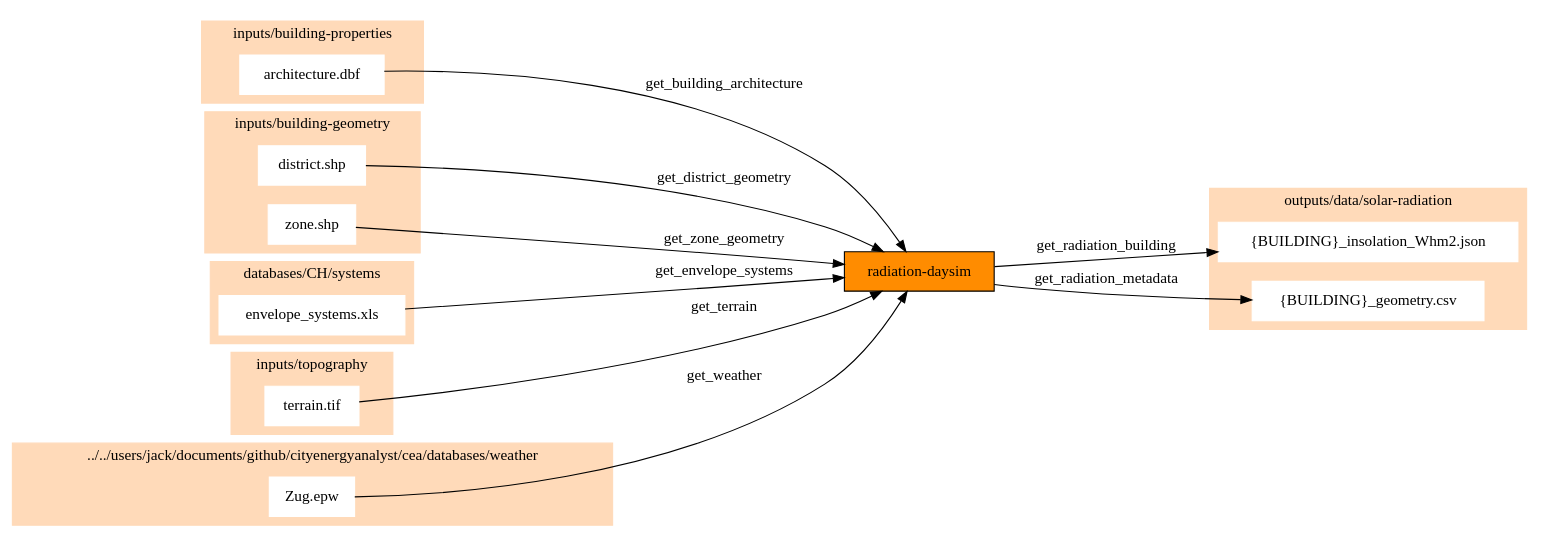
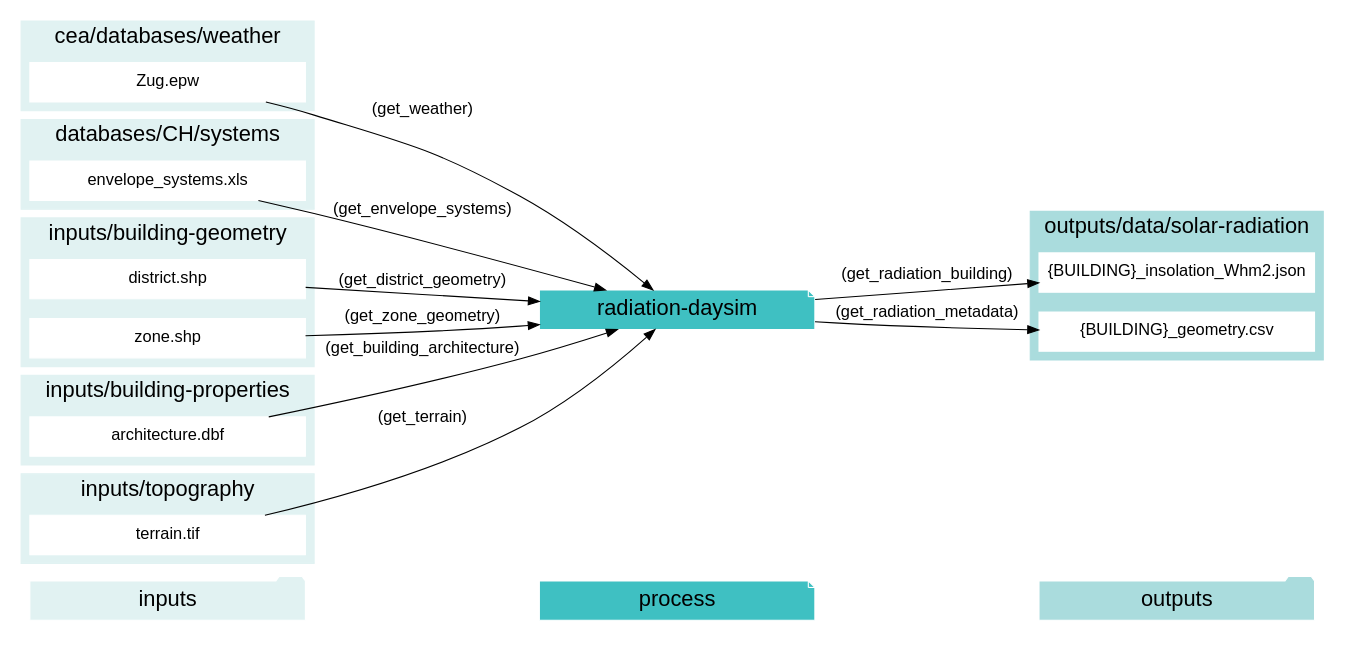
One commit to architecture-building-systems/CityEnergyAnalyst changed the diagram in docs/script_dependencies/radiation-daysim.gv. Above: the diagram before and after it, drawn with Graphviz. The commit also changed 20 other files, not shown here.

```diff
--- a/docs/script_dependencies/radiation-daysim.gv
+++ b/docs/script_dependencies/radiation-daysim.gv
@@ -1,52 +1,75 @@
 digraph trace_inputlocator {
     rankdir="LR";
-    node [shape=box];
-    graph [overlap = false];
-    "radiation-daysim"[style=filled, fillcolor=darkorange];
-    "architecture.dbf" -> "radiation-daysim"[label="get_building_architecture"]
-    "district.shp" -> "radiation-daysim"[label="get_district_geometry"]
-    "envelope_systems.xls" -> "radiation-daysim"[label="get_envelope_systems"]
-    "terrain.tif" -> "radiation-daysim"[label="get_terrain"]
-    "Zug.epw" -> "radiation-daysim"[label="get_weather"]
-    "zone.shp" -> "radiation-daysim"[label="get_zone_geometry"]
-    "radiation-daysim" -> "{BUILDING}_insolation_Whm2.json"[label="get_radiation_building"]
-    "radiation-daysim" -> "{BUILDING}_geometry.csv"[label="get_radiation_metadata"]
-    subgraph cluster_0 {
+    graph [overlap=false, fontname=arial];
+    node [shape=box, style=filled, color=white, fontsize=15, fontname=arial, fixedsize=true, width=3.503];
+    edge [fontname=arial, fontsize = 15]
+    newrank=true
+    subgraph cluster_legend {
+    fontsize=25
+    style=invis
+    "process"[style=filled, fillcolor="#3FC0C2", shape=note, fontsize=20, fontname="arial"]
+    "inputs" [style=filled, shape=folder, color=white, fillcolor="#E1F2F2", fontsize=20]
+    "outputs"[style=filled, shape=folder, color=white, fillcolor="#aadcdd", fontsize=20]
+    "inputs"->"process"[style=invis]
+    "process"->"outputs"[style=invis]
+    }
+    "radiation-daysim"[style=filled, color=white, fillcolor="#3FC0C2", shape=note, fontsize=20, fontname=arial];
+    subgraph cluster_0_in {
         style = filled;
-        color = peachpuff;
-        label="../../users/jack/documents/github/cityenergyanalyst/cea/databases/weather";
-    "Zug.epw"[style=filled, color=white]
+        color = "#E1F2F2";
+        fontsize = 20;
+        rank=same;
+        label="cea/databases/weather";
+        "Zug.epw"
     }
-    subgraph cluster_1 {
+    subgraph cluster_1_in {
         style = filled;
-        color = peachpuff;
+        color = "#E1F2F2";
+        fontsize = 20;
+        rank=same;
         label="databases/CH/systems";
-    "envelope_systems.xls"[style=filled, color=white]
+        "envelope_systems.xls"
     }
-    subgraph cluster_2 {
+    subgraph cluster_2_in {
         style = filled;
-        color = peachpuff;
+        color = "#E1F2F2";
+        fontsize = 20;
+        rank=same;
         label="inputs/building-geometry";
-    "district.shp"[style=filled, color=white]
-    "zone.shp"[style=filled, color=white]
+        "district.shp"
+        "zone.shp"
     }
-    subgraph cluster_3 {
+    subgraph cluster_3_in {
         style = filled;
-        color = peachpuff;
+        color = "#E1F2F2";
+        fontsize = 20;
+        rank=same;
         label="inputs/building-properties";
-    "architecture.dbf"[style=filled, color=white]
+        "architecture.dbf"
     }
-    subgraph cluster_4 {
+    subgraph cluster_4_in {
         style = filled;
-        color = peachpuff;
+        color = "#E1F2F2";
+        fontsize = 20;
+        rank=same;
         label="inputs/topography";
-    "terrain.tif"[style=filled, color=white]
+        "terrain.tif"
     }
-    subgraph cluster_5 {
+    subgraph cluster_5_out {
         style = filled;
-        color = peachpuff;
+        color = "#aadcdd";
+        fontsize = 20;
+        rank=same;
         label="outputs/data/solar-radiation";
-    "{BUILDING}_insolation_Whm2.json"[style=filled, color=white]
-    "{BUILDING}_geometry.csv"[style=filled, color=white]
+        "{BUILDING}_insolation_Whm2.json"
+        "{BUILDING}_geometry.csv"
     }
-    }
+    "architecture.dbf" -> "radiation-daysim"[label="(get_building_architecture)"]
+    "district.shp" -> "radiation-daysim"[label="(get_district_geometry)"]
+    "envelope_systems.xls" -> "radiation-daysim"[label="(get_envelope_systems)"]
+    "terrain.tif" -> "radiation-daysim"[label="(get_terrain)"]
+    "Zug.epw" -> "radiation-daysim"[label="(get_weather)"]
+    "zone.shp" -> "radiation-daysim"[label="(get_zone_geometry)"]
+    "radiation-daysim" -> "{BUILDING}_insolation_Whm2.json"[label="(get_radiation_building)"]
+    "radiation-daysim" -> "{BUILDING}_geometry.csv"[label="(get_radiation_metadata)"]
+}
```
